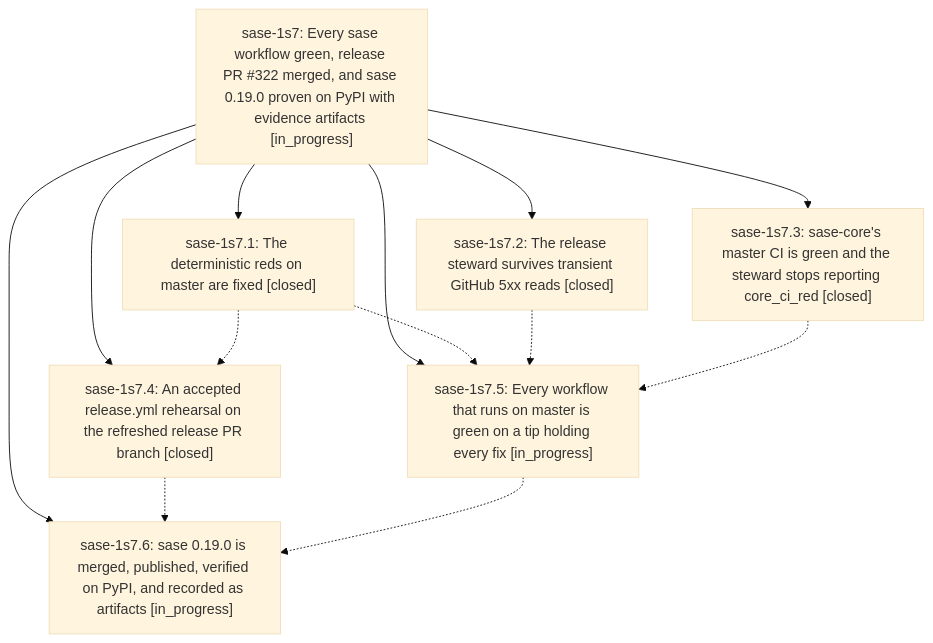
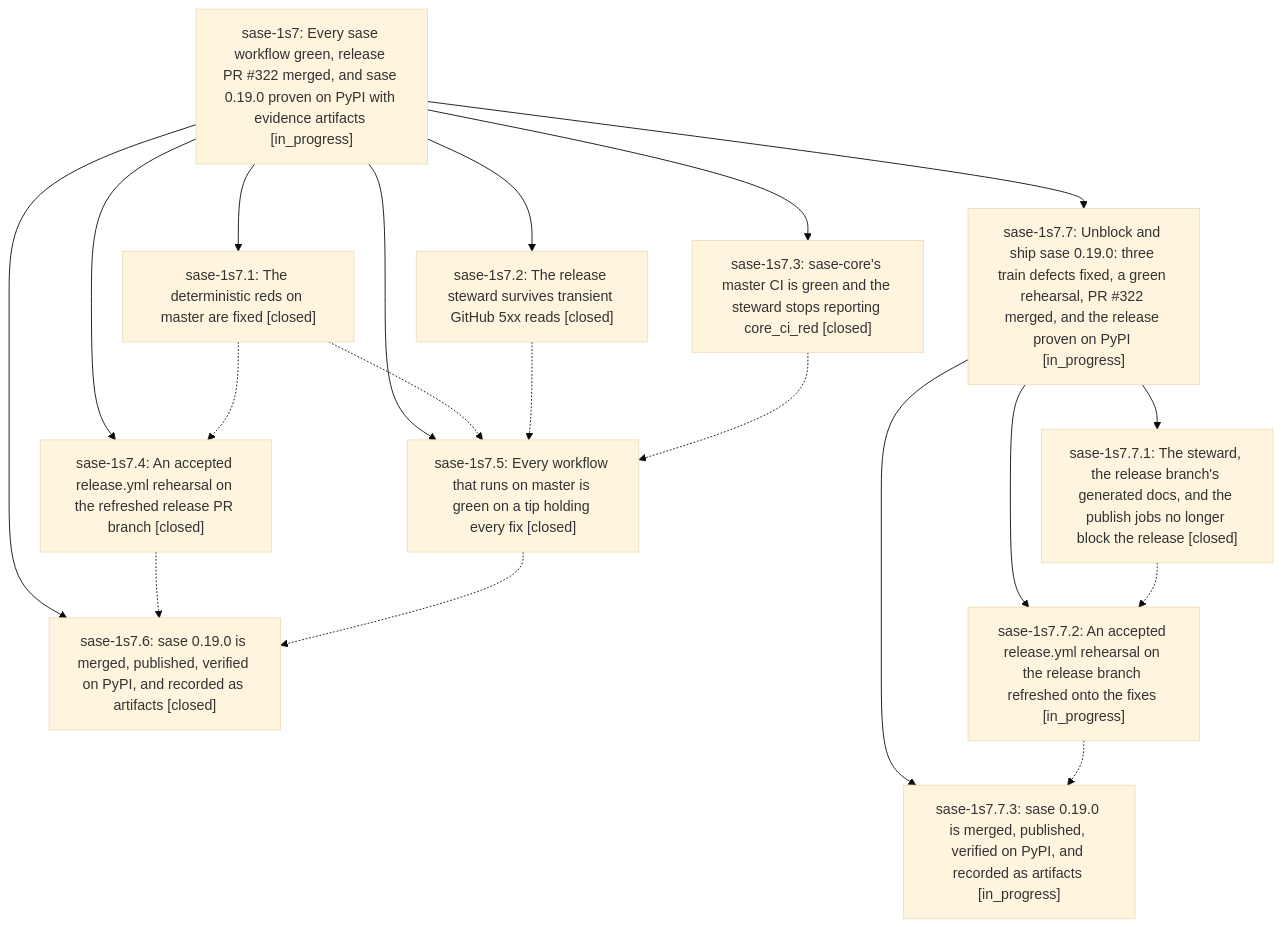
The diagram in pages/sase-1s7/README.md (sase-org/sase--beads), drawn with Mermaid (base theme) before and after one commit. The commit also changed other lines of this file and 10 other files, not shown here.

````diff
--- a/pages/sase-1s7/README.md
+++ b/pages/sase-1s7/README.md
@@ -39,22 +69,32 @@
 ```mermaid
 flowchart TD
     n0["sase-1s7: Every sase workflow green, release PR #322 merged, and sase 0.19.0 proven on PyPI with evidence artifacts [in_progress]"]
     n1["sase-1s7.1: The deterministic reds on master are fixed [closed]"]
     n2["sase-1s7.2: The release steward survives transient GitHub 5xx reads [closed]"]
     n3["sase-1s7.3: sase-core's master CI is green and the steward stops reporting core_ci_red [closed]"]
     n4["sase-1s7.4: An accepted release.yml rehearsal on the refreshed release PR branch [closed]"]
-    n5["sase-1s7.5: Every workflow that runs on master is green on a tip holding every fix [in_progress]"]
-    n6["sase-1s7.6: sase 0.19.0 is merged, published, verified on PyPI, and recorded as artifacts [in_progress]"]
+    n5["sase-1s7.5: Every workflow that runs on master is green on a tip holding every fix [closed]"]
+    n6["sase-1s7.6: sase 0.19.0 is merged, published, verified on PyPI, and recorded as artifacts [closed]"]
+    n7["sase-1s7.7: Unblock and ship sase 0.19.0: three train defects fixed, a green rehearsal, PR #322 merged, and the release proven on PyPI [in_progress]"]
+    n8["sase-1s7.7.1: The steward, the release branch's generated docs, and the publish jobs no longer block the release [closed]"]
+    n9["sase-1s7.7.2: An accepted release.yml rehearsal on the release branch refreshed onto the fixes [in_progress]"]
+    n10["sase-1s7.7.3: sase 0.19.0 is merged, published, verified on PyPI, and recorded as artifacts [in_progress]"]
     n0 --> n1
     n0 --> n2
     n0 --> n3
     n0 --> n4
     n0 --> n5
     n0 --> n6
+    n0 --> n7
+    n7 --> n8
+    n7 --> n9
+    n7 --> n10
     n1 -.-> n4
     n1 -.-> n5
     n2 -.-> n5
     n3 -.-> n5
     n4 -.-> n6
     n5 -.-> n6
+    n8 -.-> n9
+    n9 -.-> n10
 ```
````
